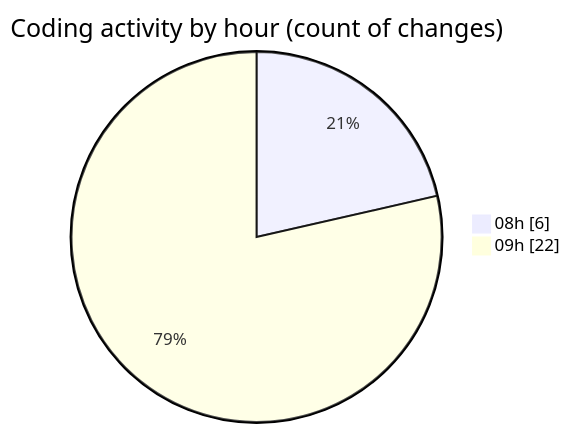
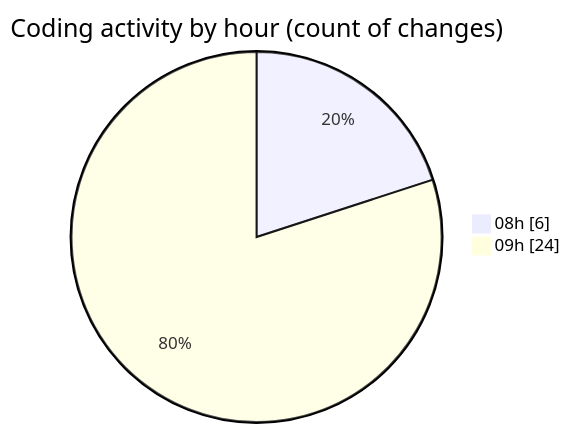
One commit to vahidmafi/code-tracking changed the second of 2 diagrams in 2025-04-11/zeytoon/README.md. Above: the diagram before and after it, drawn with Mermaid. The commit also changed other lines of this file and 1 other file, not shown here.

````diff
--- a/2025-04-11/zeytoon/README.md
+++ b/2025-04-11/zeytoon/README.md
@@ -32,6 +32,6 @@
 ```mermaid
 pie showData
 title Coding activity by hour (count of changes)
 "08h" : 6
-"09h" : 22
+"09h" : 24
 ```
````
